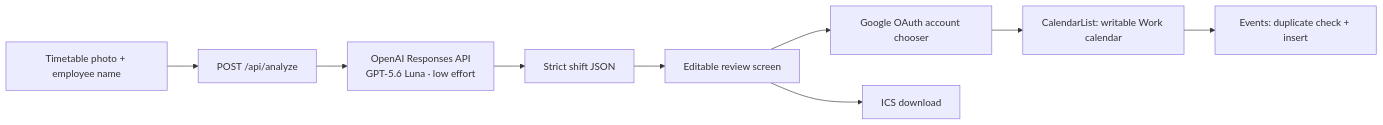
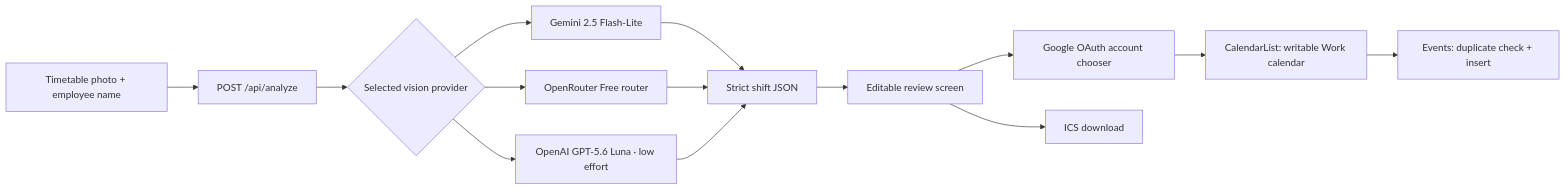
The diagram in README.md (AyBeeee/shiftly), drawn with Mermaid before and after one commit. The commit also changed other lines of this file and 5 other files, not shown here.

Commit message:
Add free vision AI provider options

````diff
--- a/README.md
+++ b/README.md
@@ -57,11 +59,16 @@
 ```mermaid
 flowchart LR
     A["Timetable photo + employee name"] --> B["POST /api/analyze"]
-    B --> C["OpenAI Responses API<br/>GPT-5.6 Luna · low effort"]
-    C --> D["Strict shift JSON"]
+    B --> C{"Selected vision provider"}
+    C --> C1["Gemini 2.5 Flash-Lite"]
+    C --> C2["OpenRouter Free router"]
+    C --> C3["OpenAI GPT-5.6 Luna · low effort"]
+    C1 --> D["Strict shift JSON"]
+    C2 --> D
+    C3 --> D
     D --> E["Editable review screen"]
     E --> F["Google OAuth account chooser"]
     F --> G["CalendarList: writable Work calendar"]
     G --> H["Events: duplicate check + insert"]
     E --> I["ICS download"]
 ```
````
